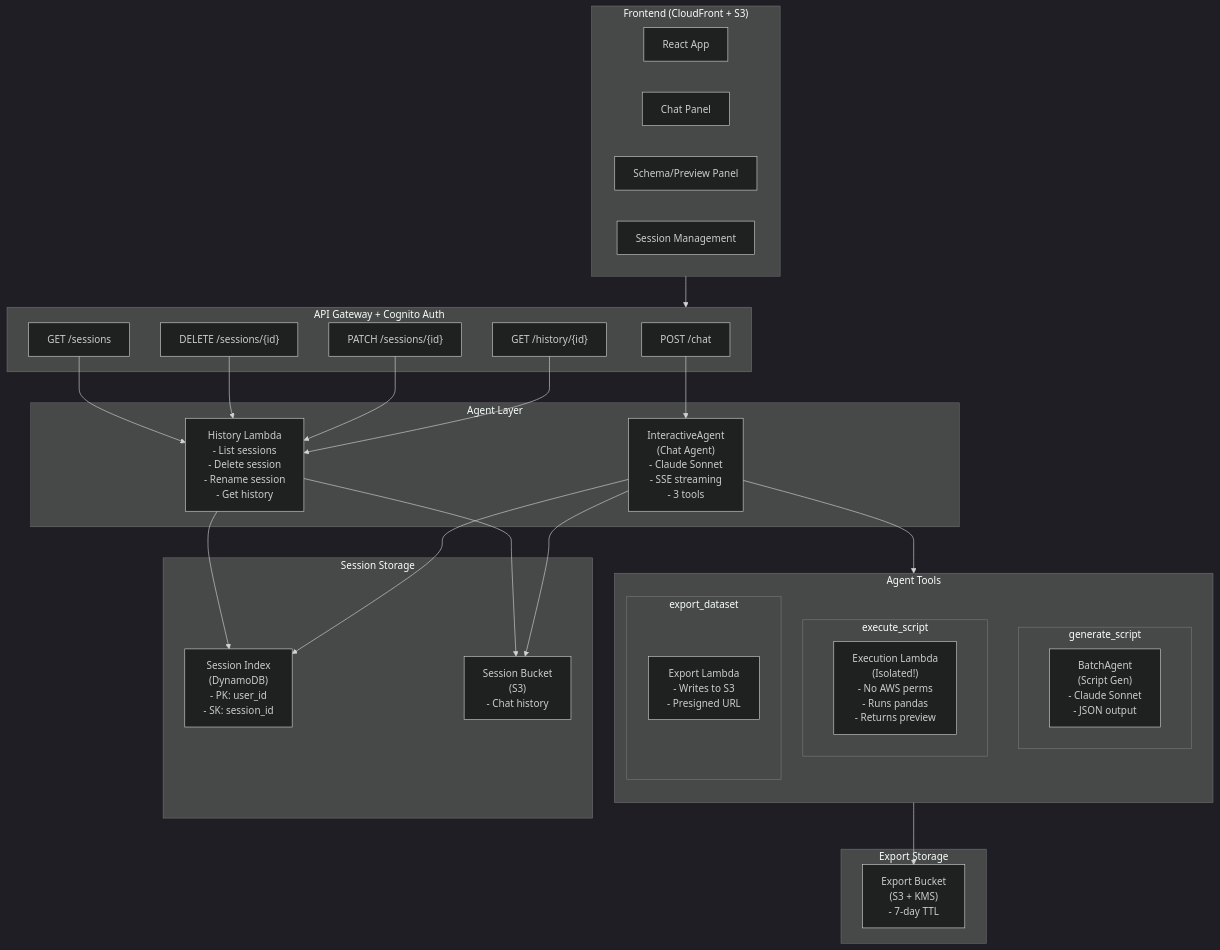
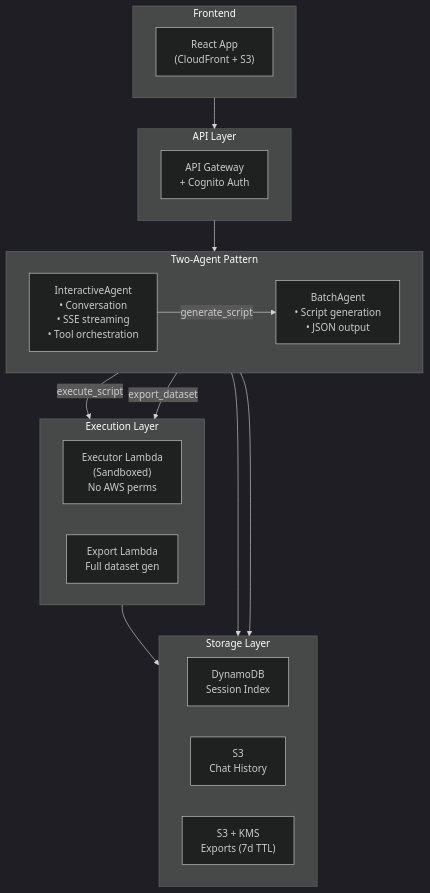
The first of 2 diagrams in examples/synthetic-dataset-generator/README.md (cdklabs/cdk-appmod-catalog-blueprints), drawn with Mermaid (dark theme) before and after one commit. The commit also changed other lines of this file, not shown here.

Commit message:
chore: update dataset generator README.md (#159)

````diff
--- a/examples/synthetic-dataset-generator/README.md
+++ b/examples/synthetic-dataset-generator/README.md
@@ -7,57 +7,38 @@
 ```mermaid
-flowchart TB
-    subgraph Frontend["Frontend (CloudFront + S3)"]
-        React["React App"]
-        Chat["Chat Panel"]
-        Schema["Schema/Preview Panel"]
-        Sessions["Session Management"]
+flowchart TD
+    subgraph UI["Frontend"]
+        FE["React App<br/>(CloudFront + S3)"]
     end
 
-    subgraph API["API Gateway + Cognito Auth"]
-        POST_chat["POST /chat"]
-        GET_sessions["GET /sessions"]
-        DELETE_session["DELETE /sessions/{id}"]
-        PATCH_session["PATCH /sessions/{id}"]
-        GET_history["GET /history/{id}"]
+    subgraph API["API Layer"]
+        GW["API Gateway<br/>+ Cognito Auth"]
     end
 
-    subgraph Agents["Agent Layer"]
-        Interactive["InteractiveAgent<br/>(Chat Agent)<br/>- Claude Sonnet<br/>- SSE streaming<br/>- 3 tools"]
-        History["History Lambda<br/>- List sessions<br/>- Delete session<br/>- Rename session<br/>- Get history"]
+    subgraph Agents["Two-Agent Pattern"]
+        direction LR
+        IA["InteractiveAgent<br/>• Conversation<br/>• SSE streaming<br/>• Tool orchestration"]
+        BA["BatchAgent<br/>• Script generation<br/>• JSON output"]
+        IA -->|generate_script| BA
     end
 
-    subgraph Storage["Session Storage"]
-        SessionIndex["Session Index<br/>(DynamoDB)<br/>- PK: user_id<br/>- SK: session_id"]
-        SessionBucket["Session Bucket<br/>(S3)<br/>- Chat history"]
+    subgraph Execution["Execution Layer"]
+        direction LR
+        EX["Executor Lambda<br/>(Sandboxed)<br/>No AWS perms"]
+        EXP["Export Lambda<br/>Full dataset gen"]
     end
 
-    subgraph Tools["Agent Tools"]
-        direction TB
-        subgraph GenTool["generate_script"]
-            Batch["BatchAgent<br/>(Script Gen)<br/>- Claude Sonnet<br/>- JSON output"]
-        end
-        subgraph ExecTool["execute_script"]
-            Exec["Execution Lambda<br/>(Isolated!)<br/>- No AWS perms<br/>- Runs pandas<br/>- Returns preview"]
-        end
-        subgraph ExportTool["export_dataset"]
-            Export["Export Lambda<br/>- Writes to S3<br/>- Presigned URL"]
-        end
+    subgraph Storage["Storage Layer"]
+        direction LR
+        DDB["DynamoDB<br/>Session Index"]
+        S3S["S3<br/>Chat History"]
+        S3E["S3 + KMS<br/>Exports (7d TTL)"]
     end
 
-    subgraph ExportStorage["Export Storage"]
-        ExportBucket["Export Bucket<br/>(S3 + KMS)<br/>- 7-day TTL"]
-    end
-
-    Frontend --> API
-    POST_chat --> Interactive
-    GET_sessions --> History
-    DELETE_session --> History
-    PATCH_session --> History
-    GET_history --> History
-    History --> SessionIndex
-    History --> SessionBucket
-    Interactive --> SessionIndex
-    Interactive --> SessionBucket
-    Interactive --> Tools
-    Export --> ExportBucket
+    UI --> API
+    API --> Agents
+    IA -->|execute_script| EX
+    IA -->|export_dataset| EXP
+    IA --> DDB
+    IA --> S3S
+    EXP --> S3E
 ```
````
